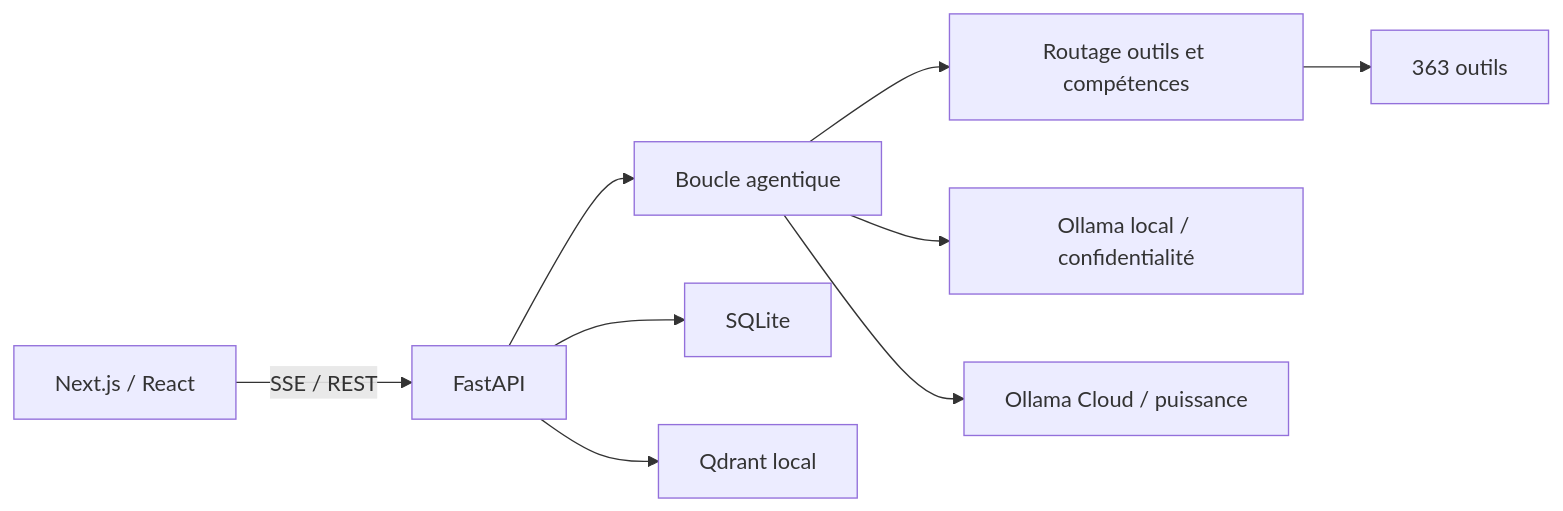
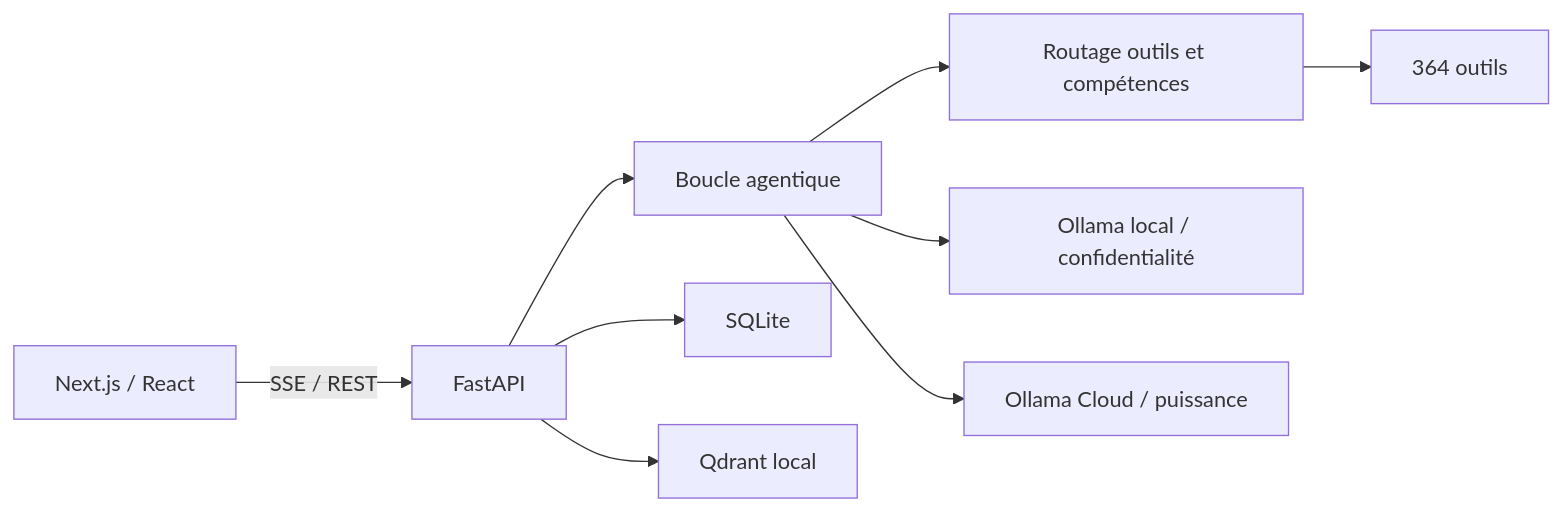
The diagram in ARCHITECTURE.md (chawky13090/marvin), drawn with Mermaid before and after one commit. The commit also changed other lines of this file and 25 other files, not shown here.

````diff
--- a/ARCHITECTURE.md
+++ b/ARCHITECTURE.md
@@ -8,11 +8,11 @@
 ```mermaid
 flowchart LR
     UI["Next.js / React"] -->|"SSE / REST"| API["FastAPI"]
     API --> AGENT["Boucle agentique"]
     AGENT --> ROUTER["Routage outils et compétences"]
-    ROUTER --> TOOLS["363 outils"]
+    ROUTER --> TOOLS["364 outils"]
     AGENT --> OLLAMA["Ollama local / confidentialité"]
     AGENT --> CLOUD["Ollama Cloud / puissance"]
     API --> SQLITE["SQLite"]
     API --> QDRANT["Qdrant local"]
 ```
````
